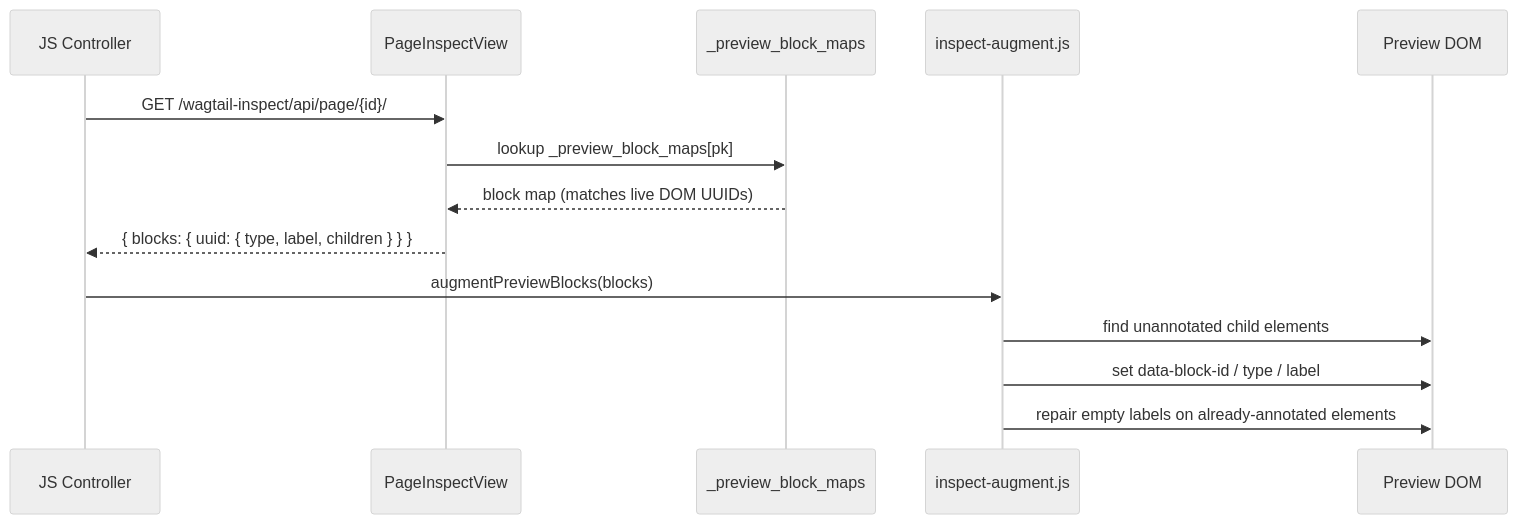
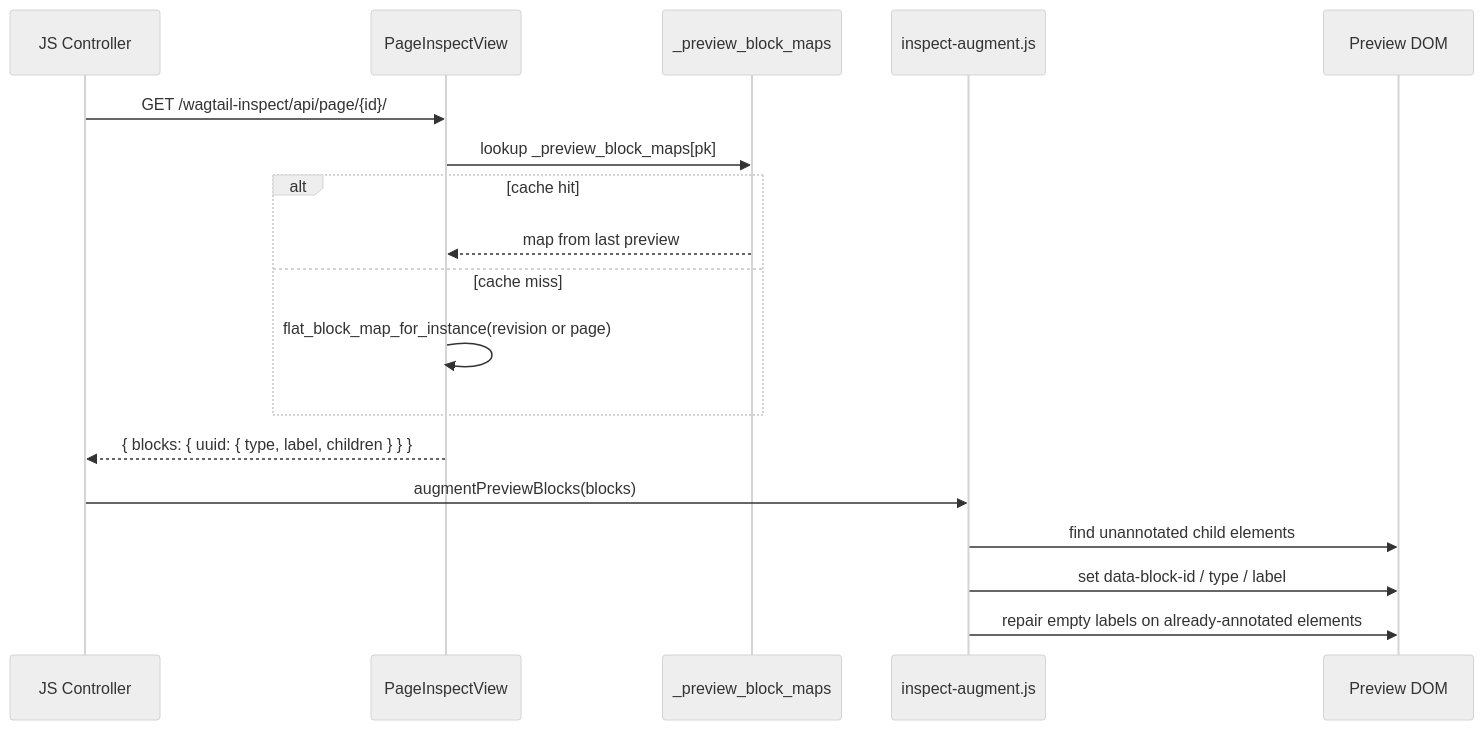
The fifth of 8 diagrams in docs/architecture.md (lincolnloop/wagtail-inspect), drawn with Mermaid (neutral theme) before and after one commit. The commit also changed other lines of this file and 28 other files, not shown here.

First line of the commit message:
Release 0.1.1: live-page inspect, CSP-safe userbar media, Wagtail 6+ preview iframe

````diff
--- a/docs/architecture.md
+++ b/docs/architecture.md
@@ -254,17 +303,21 @@
 ```mermaid
 sequenceDiagram
   participant Controller as JS Controller
   participant API as PageInspectView
   participant Cache as _preview_block_maps
   participant Augment as inspect-augment.js
   participant DOM as Preview DOM
 
   Controller->>API: GET /wagtail-inspect/api/page/{id}/
   API->>Cache: lookup _preview_block_maps[pk]
-  Cache-->>API: block map (matches live DOM UUIDs)
+  alt cache hit
+    Cache-->>API: map from last preview
+  else cache miss
+    API->>API: flat_block_map_for_instance(revision or page)
+  end
   API-->>Controller: { blocks: { uuid: { type, label, children } } }
   Controller->>Augment: augmentPreviewBlocks(blocks)
   Augment->>DOM: find unannotated child elements
   Augment->>DOM: set data-block-id / type / label
   Augment->>DOM: repair empty labels on already-annotated elements
 ```
````
